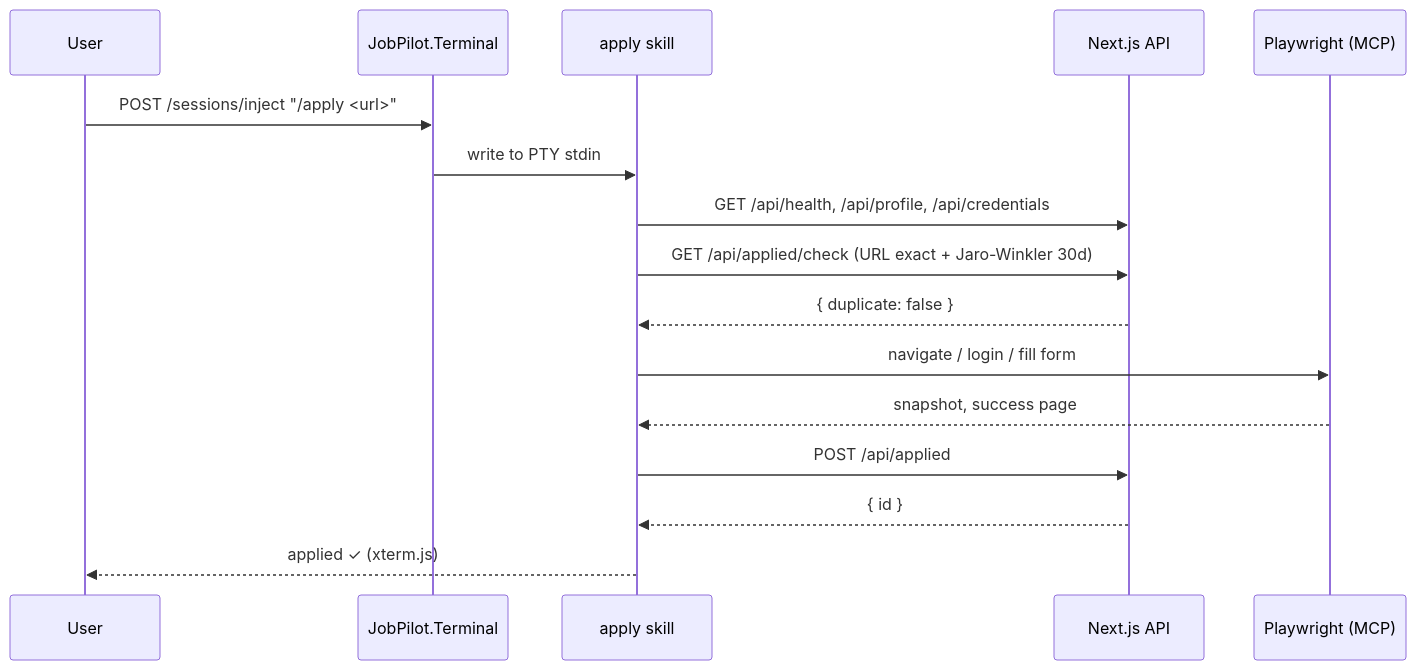
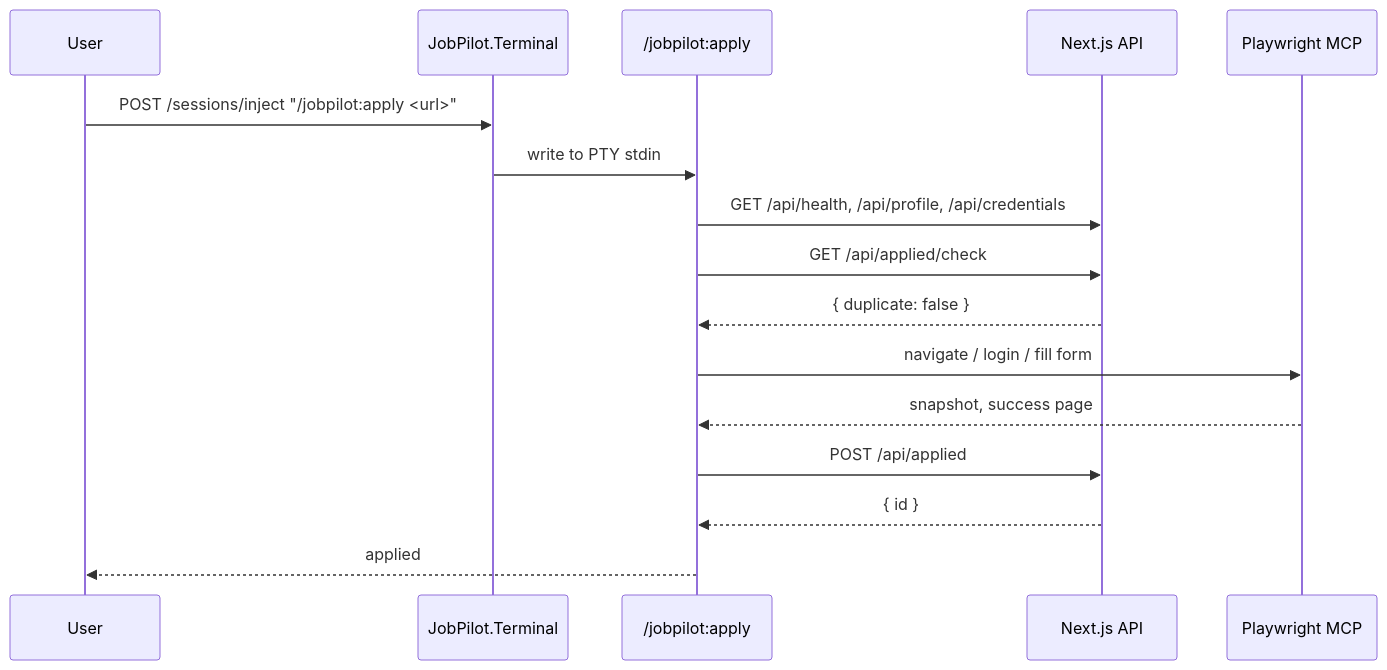
Before and after one commit to davidscotttufts/jobpilot: the diagram in docs/architecture.md, drawn with Mermaid. The commit also changed other lines of this file and 26 other files, not shown here.

````diff
--- a/docs/architecture.md
+++ b/docs/architecture.md
@@ -111,19 +71,19 @@
 ```mermaid
 sequenceDiagram
     participant U as User
     participant T as JobPilot.Terminal
-    participant S as apply skill
+    participant S as /jobpilot:apply
     participant API as Next.js API
-    participant B as Playwright (MCP)
+    participant B as Playwright MCP
 
-    U->>T: POST /sessions/inject "/apply <url>"
+    U->>T: POST /sessions/inject "/jobpilot:apply <url>"
     T->>S: write to PTY stdin
     S->>API: GET /api/health, /api/profile, /api/credentials
-    S->>API: GET /api/applied/check (URL exact + Jaro-Winkler 30d)
+    S->>API: GET /api/applied/check
     API-->>S: { duplicate: false }
     S->>B: navigate / login / fill form
     B-->>S: snapshot, success page
     S->>API: POST /api/applied
     API-->>S: { id }
-    S-->>U: applied ✓ (xterm.js)
+    S-->>U: applied
 ```
````
